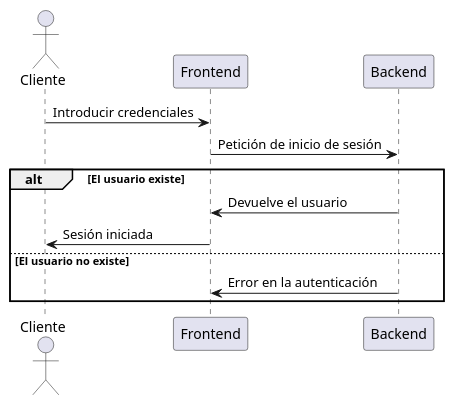
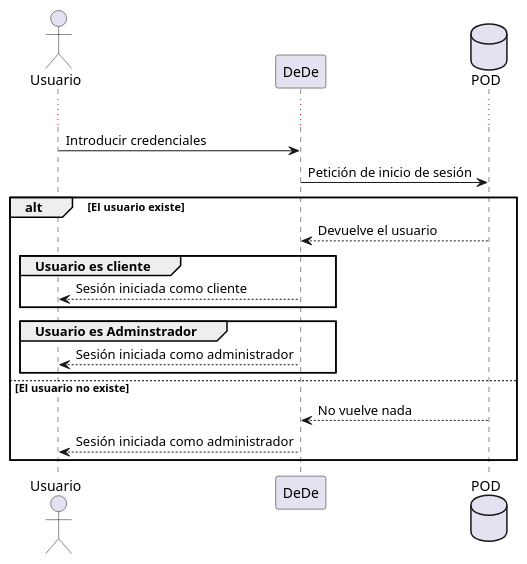
Before and after one commit to Arquisoft/Arquisoft-dede_es_02b: the third of 6 diagrams in docs/06_runtime_view.adoc, drawn with PlantUML. The commit also changed other lines of this file, not shown here.

Commit message:
Actualización de diagramas doc6

```diff
--- a/docs/06_runtime_view.adoc
+++ b/docs/06_runtime_view.adoc
@@ -33,14 +40,24 @@
 [plantuml,"Diagrama Inicio de sesión",png]
 ----
-actor Cliente
-participant Frontend
-participant Backend
-Cliente -> Frontend: Introducir credenciales
-Frontend -> Backend: Petición de inicio de sesión
+actor Usuario
+participant DeDe
+database POD
+
+skinparam responseMessageBelowArrow true
+...
+
+Usuario -> DeDe: Introducir credenciales
+DeDe -> POD: Petición de inicio de sesión
 alt El usuario existe
-    Backend -> Frontend: Devuelve el usuario
-    Frontend -> Cliente: Sesión iniciada
+    POD --> DeDe: Devuelve el usuario
+    group Usuario es cliente
+    DeDe --> Usuario: Sesión iniciada como cliente
+    end
+    group Usuario es Adminstrador
+    DeDe --> Usuario: Sesión iniciada como administrador
+    end
 else El usuario no existe
-    Backend -> Frontend: Error en la autenticación
+    POD --> DeDe: No vuelve nada
+    DeDe --> Usuario: Sesión iniciada como administrador
 end
 ----
```
